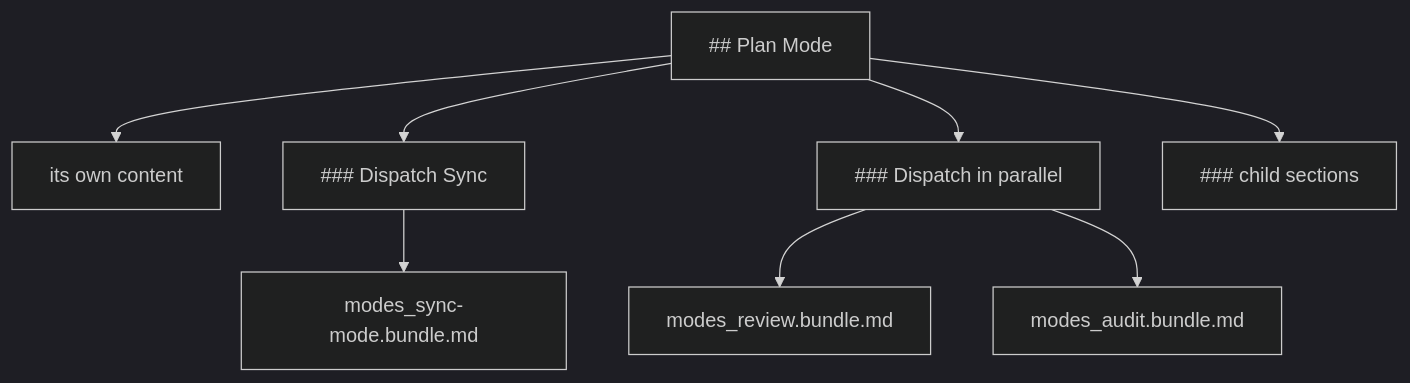
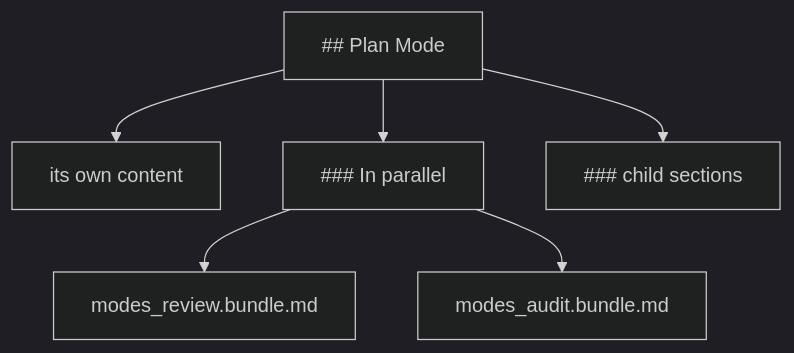
The first of 2 diagrams in docs/dispatch.md (m2ux/prosiform), drawn with Mermaid (dark theme) before and after one commit. The commit also changed other lines of this file and 17 other files, not shown here.

Commit message:
document the run-pf line, inline dispatch links and In parallel sub-sections

````diff
--- a/docs/dispatch.md
+++ b/docs/dispatch.md
@@ -45,10 +31,8 @@
 ```mermaid
 flowchart TD
   Section["## Plan Mode"] --> Own["its own content"]
-  Section --> D1["### Dispatch Sync"]
-  Section --> D2["### Dispatch in parallel"]
+  Section --> D2["### In parallel"]
   Section --> Child["### child sections"]
-  D1 --> B1["modes_sync-mode.bundle.md"]
   D2 --> B2["modes_review.bundle.md"]
   D2 --> B3["modes_audit.bundle.md"]
 ```
````
